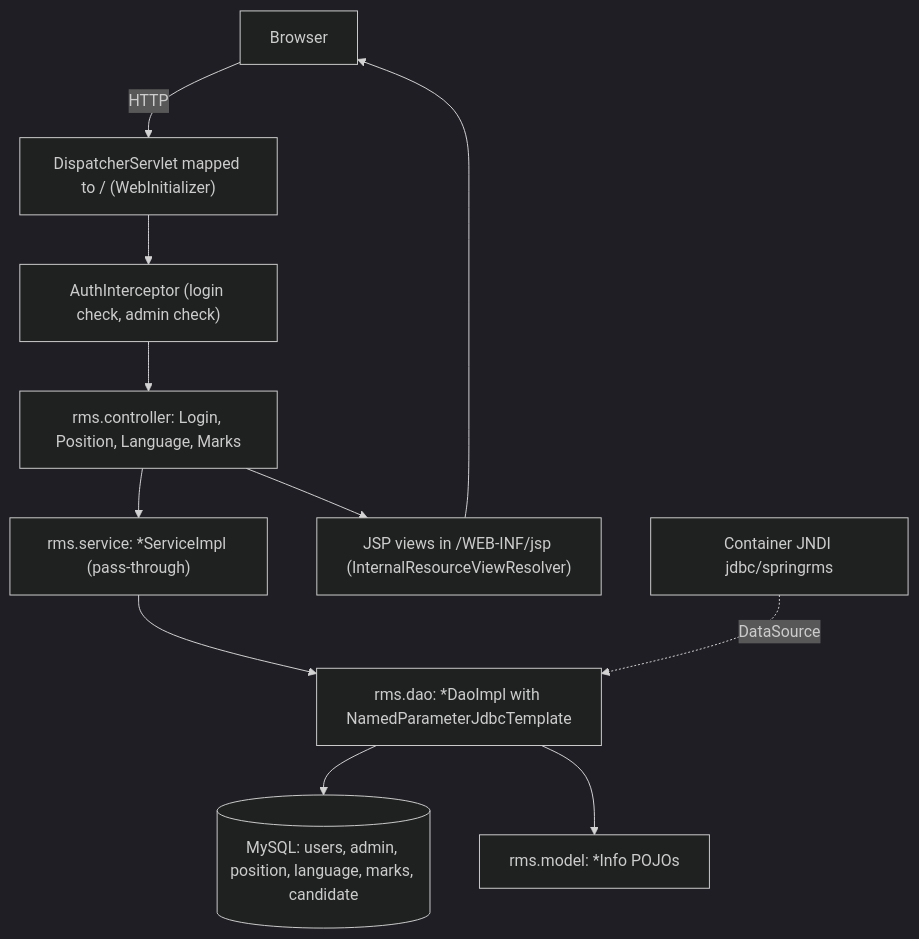
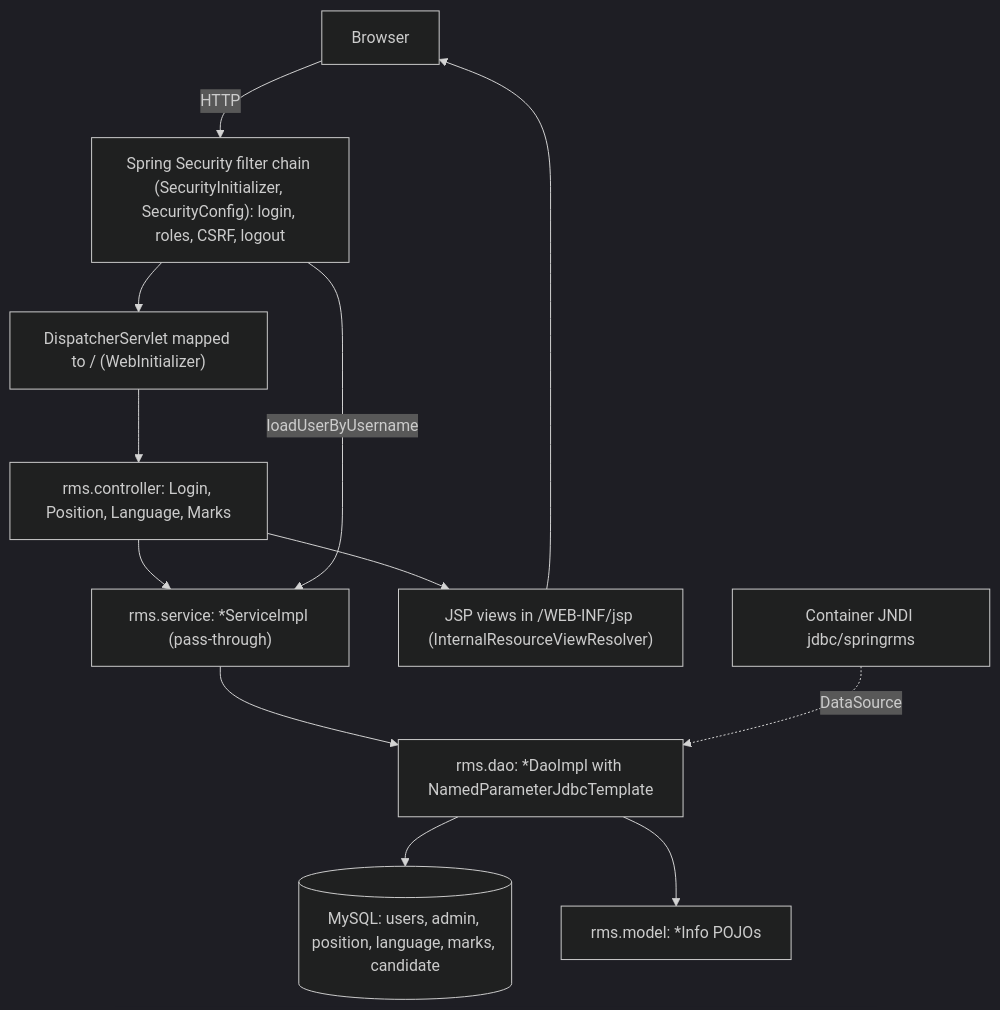
One commit to rafitsabbir/RMS changed the diagram in docs/architecture.md. Above: the diagram before and after it, drawn with Mermaid (dark theme). The commit also changed other lines of this file and 38 other files, not shown here.

First line of the commit message:
Spring Security 7: form login, roles, CSRF tokens, POST logout

````diff
--- a/docs/architecture.md
+++ b/docs/architecture.md
@@ -8,13 +8,14 @@
 ```mermaid
 flowchart TB
-  U[Browser] -->|HTTP| DS["DispatcherServlet mapped to / (WebInitializer)"]
-  DS --> AI["AuthInterceptor (login check, admin check)"]
-  AI --> CTL["rms.controller: Login, Position, Language, Marks"]
-  CTL --> SVC["rms.service: *ServiceImpl (pass-through)"]
+  U[Browser] -->|HTTP| SEC["Spring Security filter chain (SecurityInitializer, SecurityConfig): login, roles, CSRF, logout"]
+  SEC --> DS["DispatcherServlet mapped to / (WebInitializer)"]
+  DS --> CTL
+  CTL["rms.controller: Login, Position, Language, Marks"] --> SVC["rms.service: *ServiceImpl (pass-through)"]
+  SEC -->|loadUserByUsername| SVC
   SVC --> DAO["rms.dao: *DaoImpl with NamedParameterJdbcTemplate"]
   DAO --> DB[("MySQL: users, admin, position, language, marks, candidate")]
   DAO --> M["rms.model: *Info POJOs"]
   CTL --> V["JSP views in /WEB-INF/jsp (InternalResourceViewResolver)"]
   V --> U
   JNDI["Container JNDI jdbc/springrms"] -.->|DataSource| DAO
 ```
````
